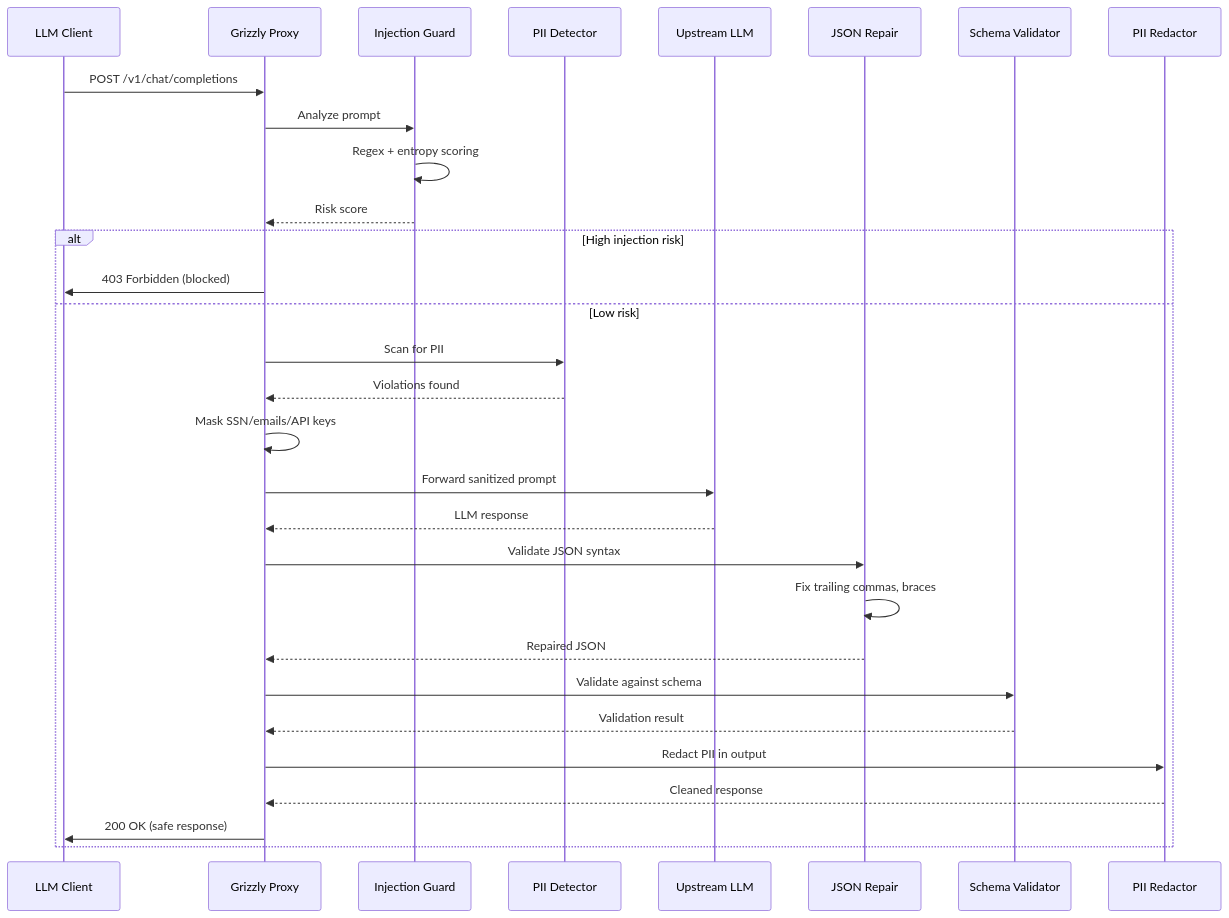
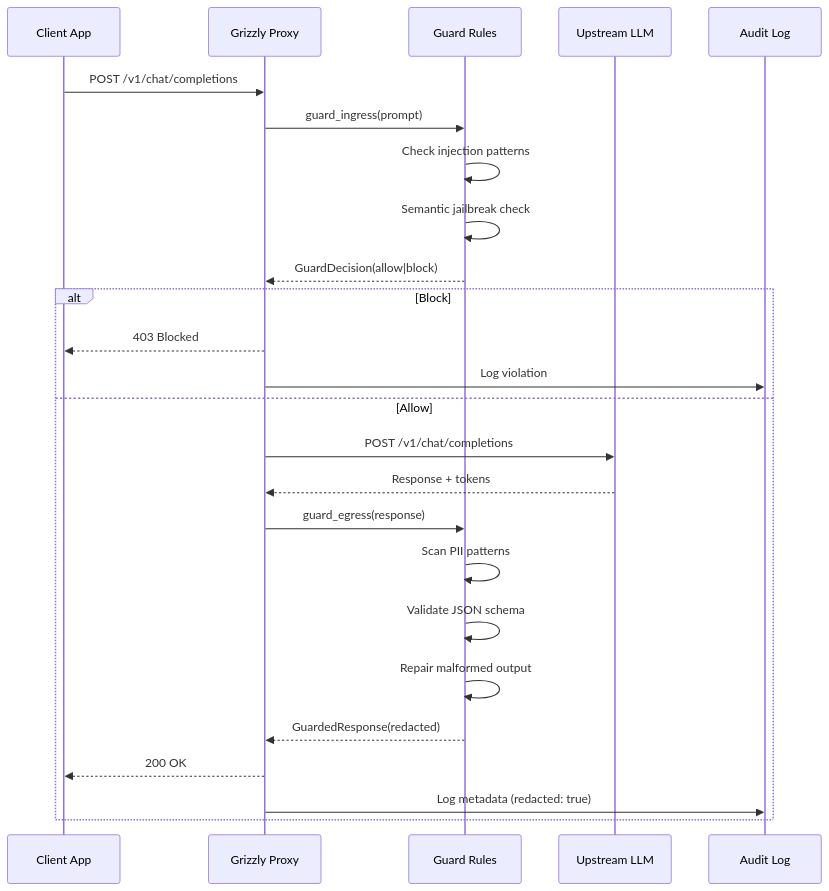
The second of 2 diagrams in docs/adr/001-architecture.md (CraftedWithIntent/grizzly-guard-ai), drawn with Mermaid before and after one commit. The commit also changed other lines of this file and 2 other files, not shown here.

First line of the commit message:
docs: Add architecture documentation (ARCHITECTURE.md, CONTRIBUTION_IDEAS.md, ADR-001)

````diff
--- a/docs/adr/001-architecture.md
+++ b/docs/adr/001-architecture.md
@@ -72,40 +76,29 @@
 ```mermaid
 sequenceDiagram
-    participant Client as LLM Client
-    participant Proxy as Grizzly Proxy
-    participant Injection as Injection Guard
-    participant PII_Ingress as PII Detector
-    participant Upstream as Upstream LLM
-    participant Repair as JSON Repair
-    participant Validator as Schema Validator
-    participant PII_Egress as PII Redactor
+    participant Client as Client App
+    participant Grizzly as Grizzly Proxy
+    participant Rules as Guard Rules
+    participant LLM as Upstream LLM
+    participant Logger as Audit Log
 
-    Client->>Proxy: POST /v1/chat/completions
+    Client->>Grizzly: POST /v1/chat/completions
+    Grizzly->>Rules: guard_ingress(prompt)
+    Rules->>Rules: Check injection patterns
+    Rules->>Rules: Semantic jailbreak check
+    Rules-->>Grizzly: GuardDecision(allow|block)
     
-    Proxy->>Injection: Analyze prompt
-    Injection->>Injection: Regex + entropy scoring
-    Injection-->>Proxy: Risk score
-    
-    alt High injection risk
-        Proxy->>Client: 403 Forbidden (blocked)
-    else Low risk
-        Proxy->>PII_Ingress: Scan for PII
-        PII_Ingress-->>Proxy: Violations found
-        Proxy->>Proxy: Mask SSN/emails/API keys
-        
-        Proxy->>Upstream: Forward sanitized prompt
-        Upstream-->>Proxy: LLM response
-        
-        Proxy->>Repair: Validate JSON syntax
-        Repair->>Repair: Fix trailing commas, braces
-        Repair-->>Proxy: Repaired JSON
-        
-        Proxy->>Validator: Validate against schema
-        Validator-->>Proxy: Validation result
-        
-        Proxy->>PII_Egress: Redact PII in output
-        PII_Egress-->>Proxy: Cleaned response
-        
-        Proxy->>Client: 200 OK (safe response)
+    alt Block
+        Grizzly-->>Client: 403 Blocked
+        Grizzly->>Logger: Log violation
+    else Allow
+        Grizzly->>LLM: POST /v1/chat/completions
+        LLM-->>Grizzly: Response + tokens
+        Grizzly->>Rules: guard_egress(response)
+        Rules->>Rules: Scan PII patterns
+        Rules->>Rules: Validate JSON schema
+        Rules->>Rules: Repair malformed output
+        Rules-->>Grizzly: GuardedResponse(redacted)
+        Grizzly-->>Client: 200 OK
+        Grizzly->>Logger: Log metadata (redacted: true)
     end
 ```
````
